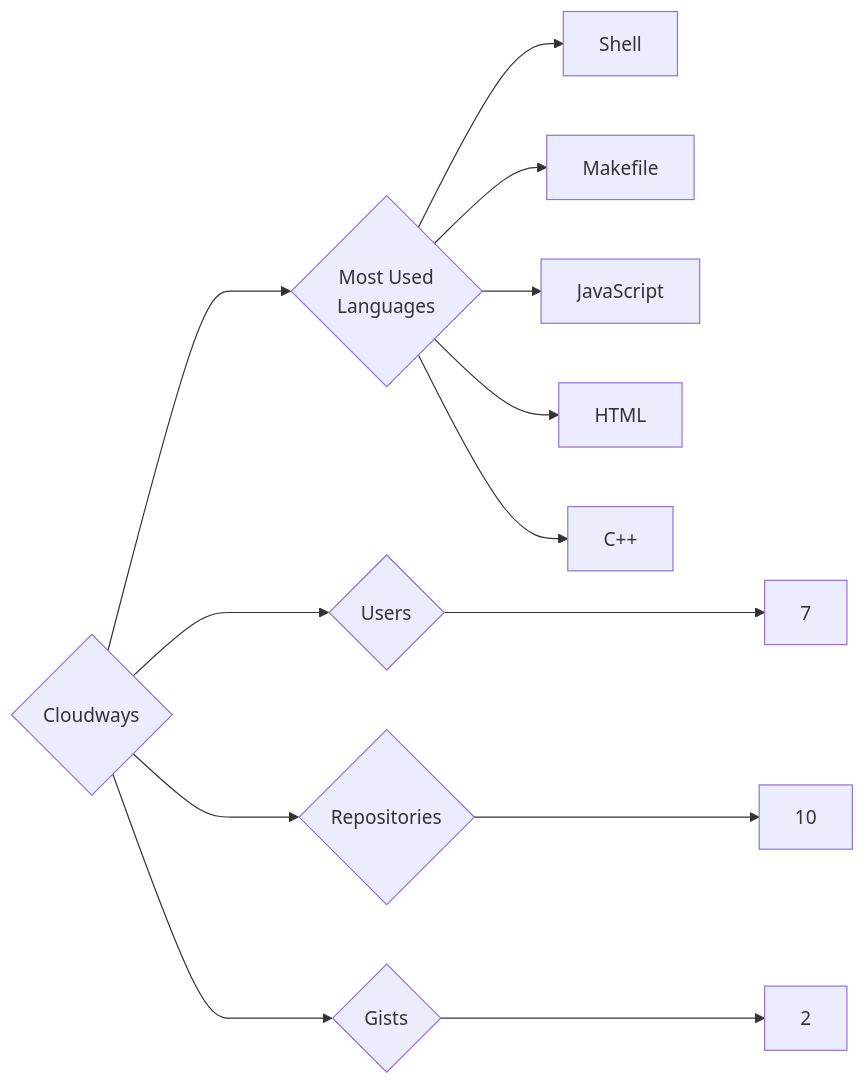
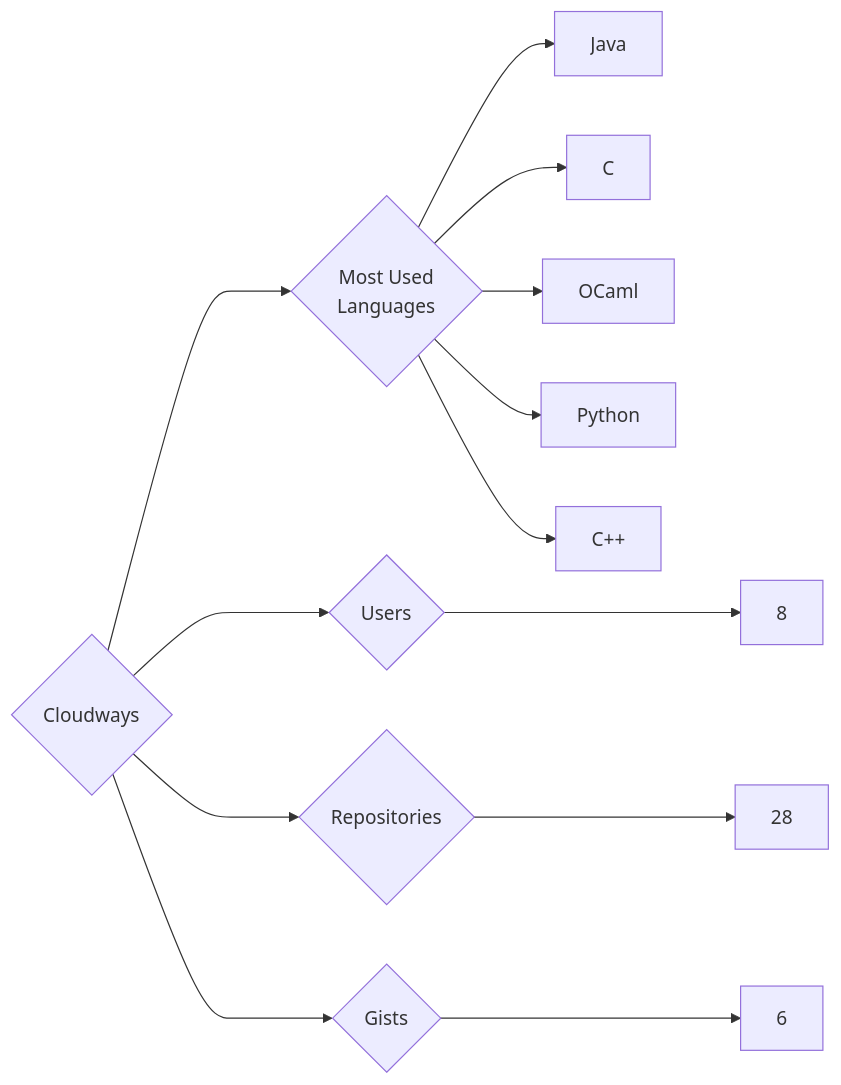
The diagram in targets/Cloudways/README.md (trickest/insiders), drawn with Mermaid before and after one commit. The commit also changed 1149 other files, not shown here.

````diff
--- a/targets/Cloudways/README.md
+++ b/targets/Cloudways/README.md
@@ -3,13 +3,13 @@
 ```mermaid
 graph LR
 COMPANY_NAME{Cloudways}
-COMPANY_NAME ---> U{Users} ---> UN[7]
-COMPANY_NAME ---> R{Repositories} ---> RN[10]
-COMPANY_NAME ---> G{Gists} ---> GN[2]
+COMPANY_NAME ---> U{Users} ---> UN[8]
+COMPANY_NAME ---> R{Repositories} ---> RN[28]
+COMPANY_NAME ---> G{Gists} ---> GN[6]
 COMPANY_NAME ---> ML{Most Used<br>Languages}
-ML --> Shell[Shell]
-ML --> Makefile[Makefile]
-ML --> JavaScript[JavaScript]
-ML --> HTML[HTML]
+ML --> Java[Java]
+ML --> C[C]
+ML --> OCaml[OCaml]
+ML --> Python[Python]
 ML --> C++[C++]
 ```
````
